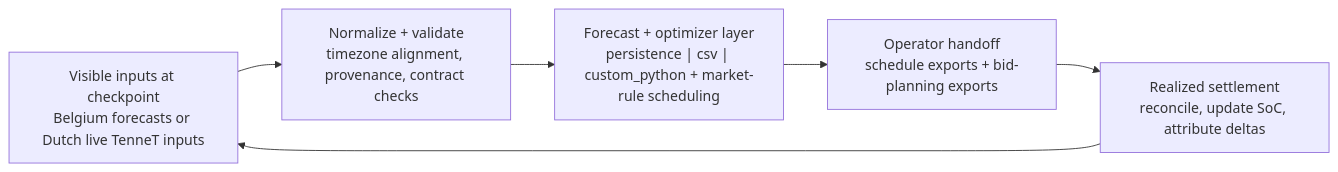
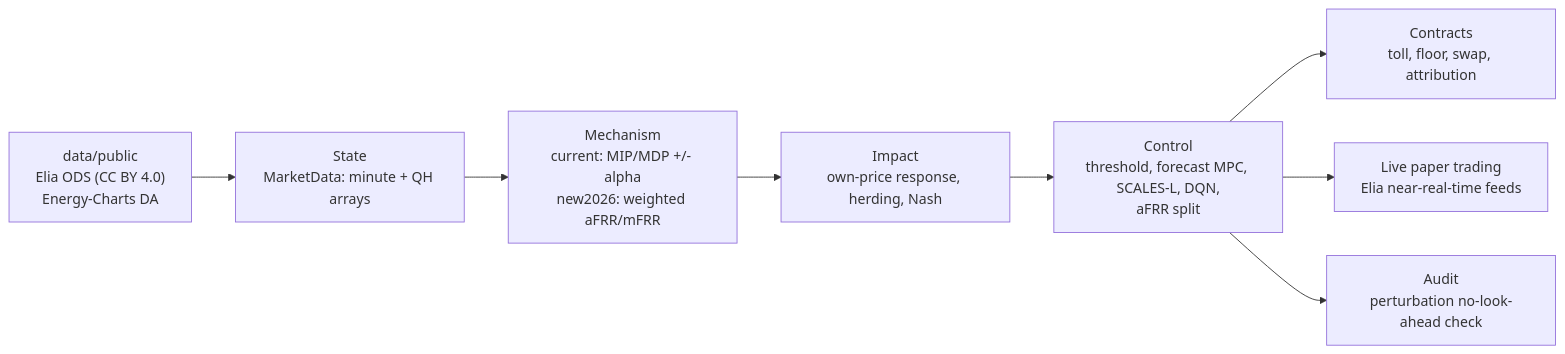
One commit to bozliu/euroflex-bess-lab changed the diagram in README.md. Above: the diagram before and after it, drawn with Mermaid. The commit also changed other lines of this file and 8 other files, not shown here.

First line of the commit message:
Document v2: real-data, real-time trading lab

````diff
--- a/README.md
+++ b/README.md
@@ -64,8 +118,10 @@
 ```mermaid
 flowchart LR
-    A["Visible inputs at checkpoint<br/>Belgium forecasts or Dutch live TenneT inputs"] --> B["Normalize + validate<br/>timezone alignment, provenance, contract checks"]
-    B --> C["Forecast + optimizer layer<br/>persistence | csv | custom_python + market-rule scheduling"]
-    C --> D["Operator handoff<br/>schedule exports + bid-planning exports"]
-    D --> E["Realized settlement<br/>reconcile, update SoC, attribute deltas"]
-    E --> A
+    D["data/public<br/>Elia ODS (CC BY 4.0)<br/>Energy-Charts DA"] --> S["State<br/>MarketData: minute + QH arrays"]
+    S --> M["Mechanism<br/>current: MIP/MDP +/- alpha<br/>new2026: weighted aFRR/mFRR"]
+    M --> I["Impact<br/>own-price response, herding, Nash"]
+    I --> C["Control<br/>threshold, forecast MPC, SCALES-L, DQN,<br/>aFRR split"]
+    C --> V["Contracts<br/>toll, floor, swap, attribution"]
+    C --> L["Live paper trading<br/>Elia near-real-time feeds"]
+    C --> A["Audit<br/>perturbation no-look-ahead check"]
 ```
````
